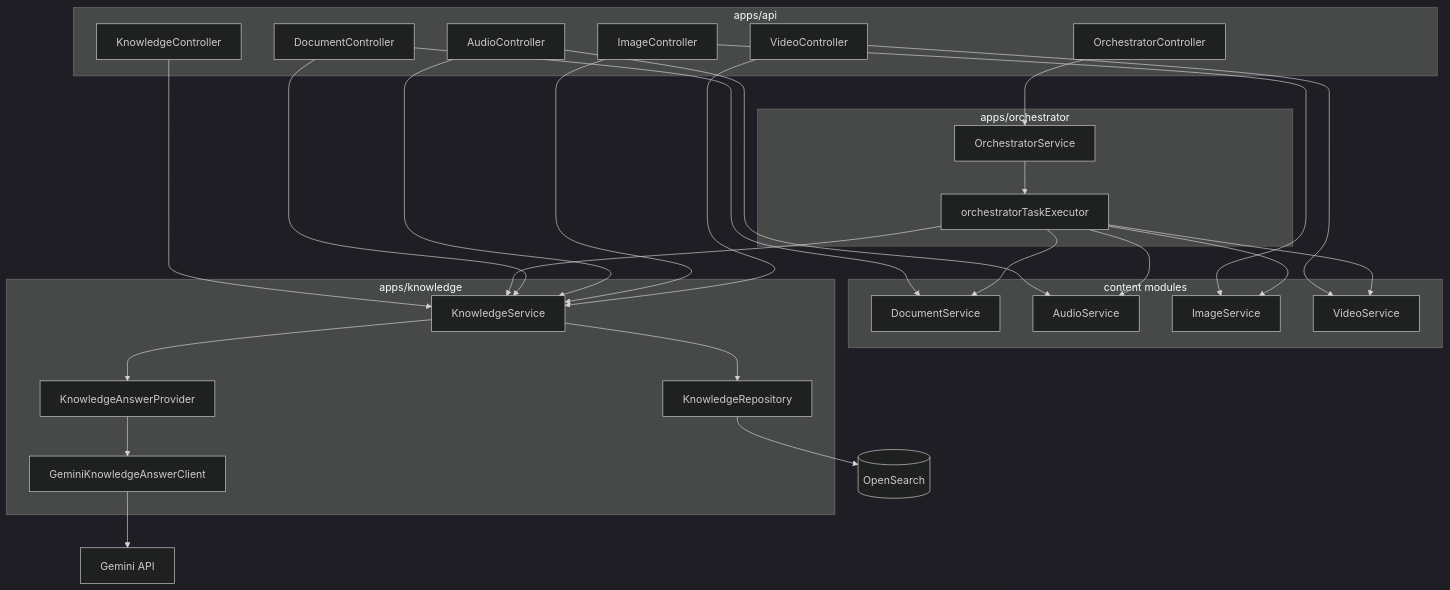
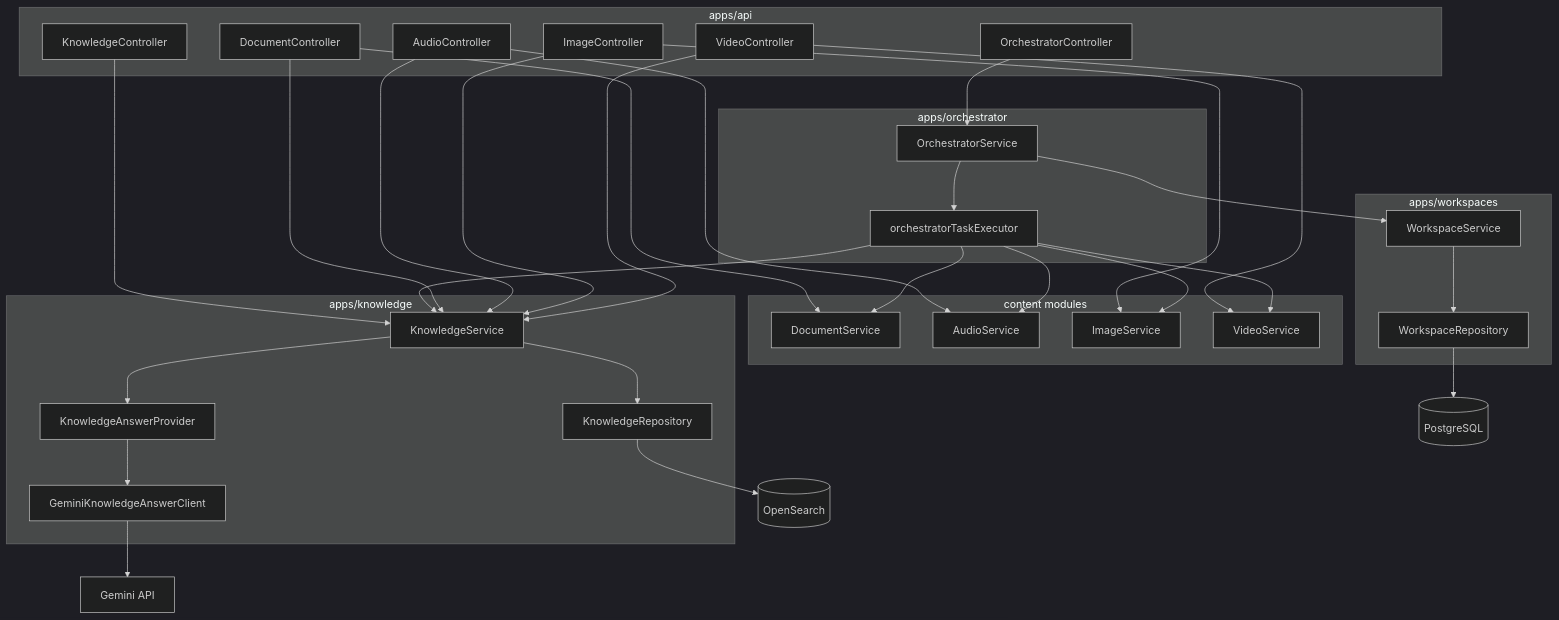
The third of 7 diagrams in docs/architecture-diagrams.md (AndriyBanul/ai-workspace), drawn with Mermaid (dark theme) before and after one commit. The commit also changed other lines of this file and 30 other files, not shown here.

````diff
--- a/docs/architecture-diagrams.md
+++ b/docs/architecture-diagrams.md
@@ -85,58 +89,67 @@
 ```mermaid
 flowchart TB
     subgraph api["apps/api"]
         orchestratorController["OrchestratorController"]
         knowledgeController["KnowledgeController"]
         documentController["DocumentController"]
         audioController["AudioController"]
         imageController["ImageController"]
         videoController["VideoController"]
     end
 
     subgraph orchestratorModule["apps/orchestrator"]
         orchestratorService["OrchestratorService"]
         taskExecutor["orchestratorTaskExecutor"]
     end
 
     subgraph contentModules["content modules"]
         documentService["DocumentService"]
         audioService["AudioService"]
         imageService["ImageService"]
         videoService["VideoService"]
     end
 
     subgraph knowledgeModule["apps/knowledge"]
         knowledgeService["KnowledgeService"]
         knowledgeRepository["KnowledgeRepository"]
         answerProvider["KnowledgeAnswerProvider"]
         geminiAnswerClient["GeminiKnowledgeAnswerClient"]
     end
 
+    subgraph workspacesModule["apps/workspaces"]
+        workspaceService["WorkspaceService"]
+        workspaceRepository["WorkspaceRepository"]
+    end
+
     opensearch[("OpenSearch")]
+    postgres[("PostgreSQL")]
     gemini["Gemini API"]
 
     orchestratorController --> orchestratorService
     knowledgeController --> knowledgeService
+    orchestratorService --> workspaceService
     documentController --> documentService
     audioController --> audioService
     imageController --> imageService
     videoController --> videoService
 
     orchestratorService --> taskExecutor
     taskExecutor --> documentService
     taskExecutor --> audioService
     taskExecutor --> imageService
     taskExecutor --> videoService
     taskExecutor --> knowledgeService
 
     documentController --> knowledgeService
     audioController --> knowledgeService
     imageController --> knowledgeService
     videoController --> knowledgeService
 
     knowledgeService --> knowledgeRepository
     knowledgeRepository --> opensearch
+    workspaceService --> workspaceRepository
+    workspaceRepository --> postgres
     knowledgeService --> answerProvider
     answerProvider --> geminiAnswerClient
     geminiAnswerClient --> gemini
 ```
````
